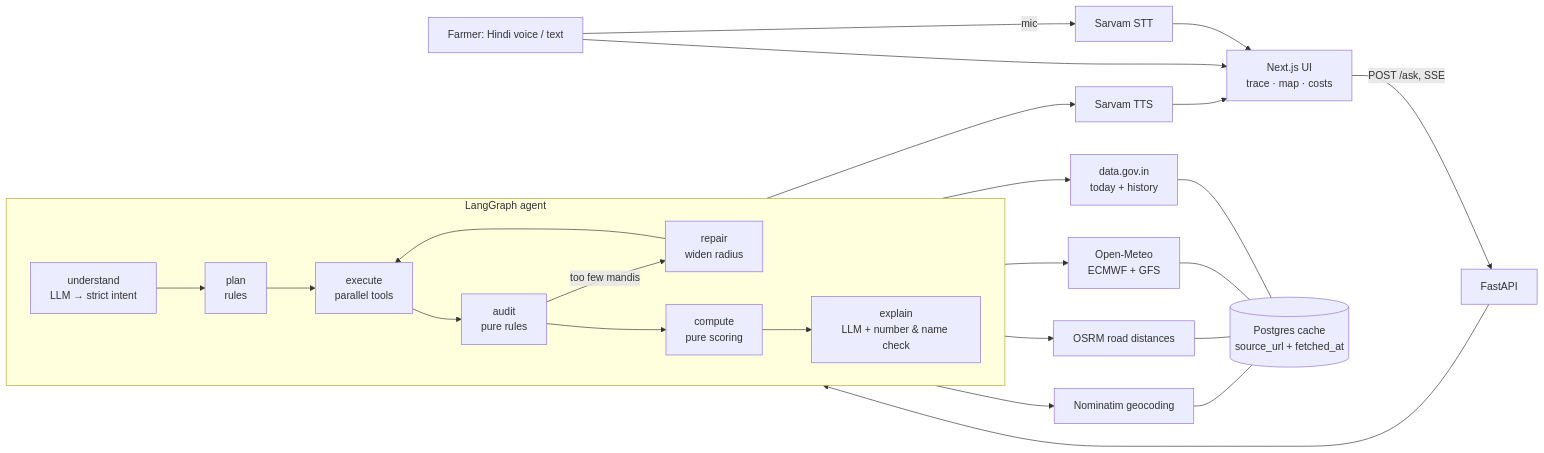
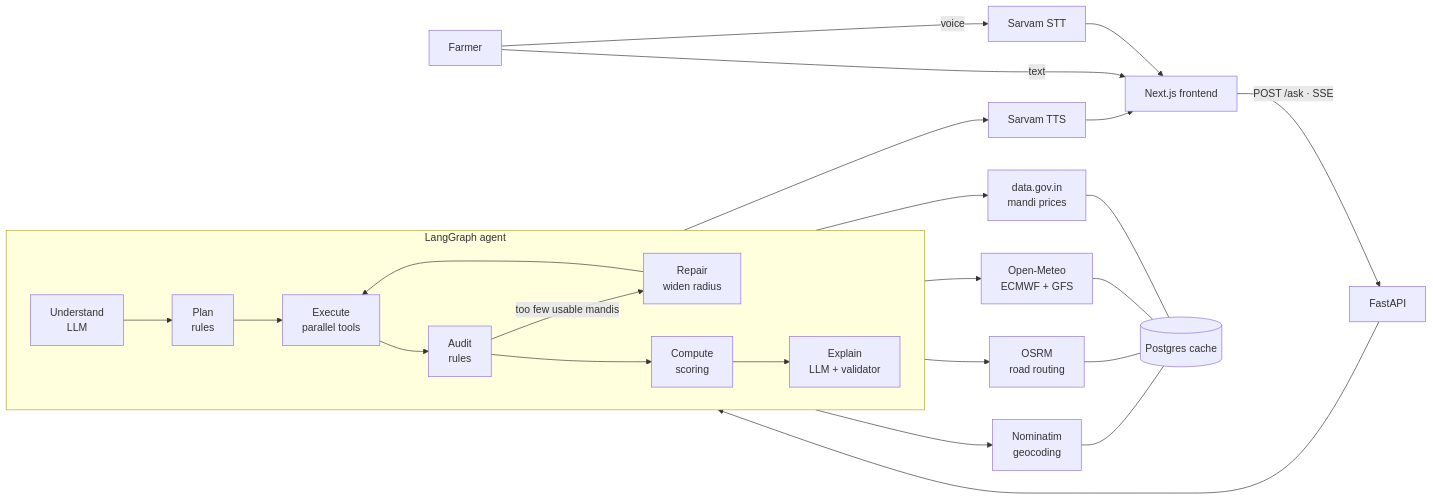
Before and after one commit to rsh-119/Harvest_Compass: the diagram in README.md, drawn with Mermaid. The commit also changed other lines of this file, not shown here.

Commit message:
rewrite readme: problem, solution, architecture, setup

````diff
--- a/README.md
+++ b/README.md
@@ -22,20 +24,22 @@
 ```mermaid
 flowchart LR
-  U[Farmer: Hindi voice / text] -->|mic| STT[Sarvam STT]
+  F[Farmer] -->|voice| STT[Sarvam STT]
   STT --> UI
-  U --> UI[Next.js UI<br/>trace · map · costs]
-  UI -->|POST /ask, SSE| API[FastAPI]
+  F -->|text| UI[Next.js frontend]
+  UI -->|POST /ask · SSE| API[FastAPI]
   API --> G
+
   subgraph G[LangGraph agent]
     direction LR
-    UN[understand<br/>LLM → strict intent] --> PL[plan<br/>rules] --> EX[execute<br/>parallel tools] --> AU[audit<br/>pure rules]
-    AU -->|too few mandis| RP[repair<br/>widen radius] --> EX
-    AU --> CO[compute<br/>pure scoring] --> XP[explain<br/>LLM + number & name check]
+    UN[Understand<br/>LLM] --> PL[Plan<br/>rules] --> EX[Execute<br/>parallel tools] --> AU[Audit<br/>rules]
+    AU -->|too few usable mandis| RP[Repair<br/>widen radius] --> EX
+    AU --> CO[Compute<br/>scoring] --> XP[Explain<br/>LLM + validator]
   end
-  EX --> M[data.gov.in<br/>today + history]
+
+  EX --> M[data.gov.in<br/>mandi prices]
   EX --> W[Open-Meteo<br/>ECMWF + GFS]
-  EX --> R[OSRM road distances]
-  EX --> N[Nominatim geocoding]
-  M & W & R & N --- C[(Postgres cache<br/>source_url + fetched_at)]
+  EX --> R[OSRM<br/>road routing]
+  EX --> N[Nominatim<br/>geocoding]
+  M & W & R & N --- C[(Postgres cache)]
   XP --> TTS[Sarvam TTS] --> UI
 ```
````
